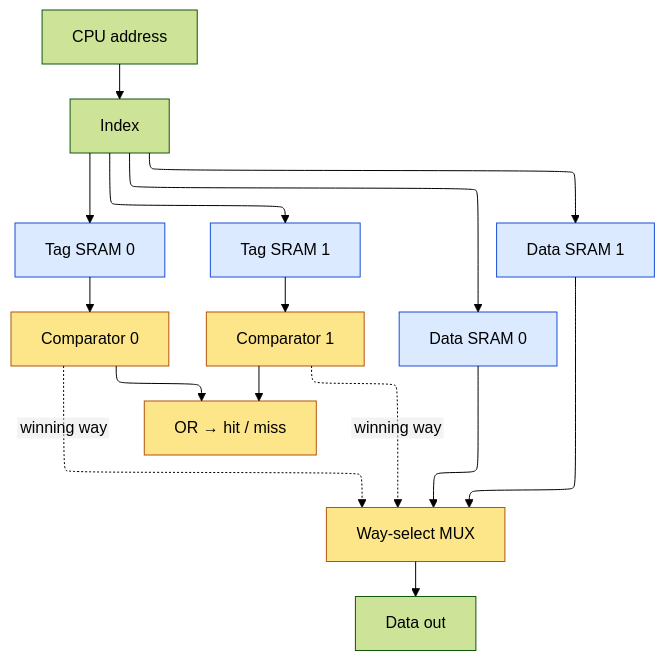
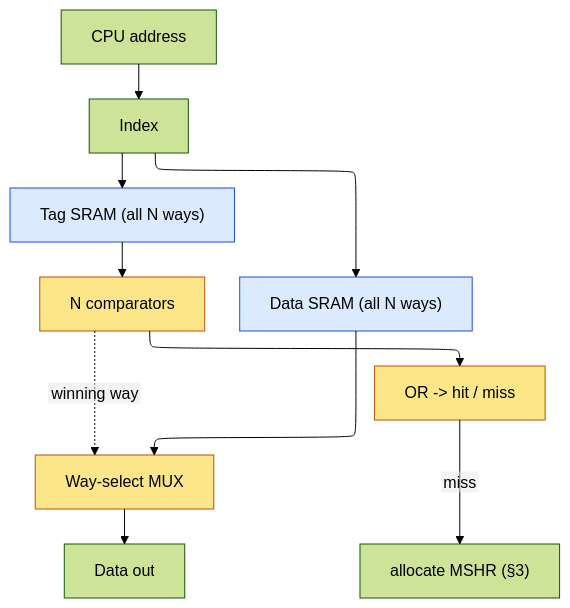
Before and after one commit to Wty2003328/silicon-design-notebook: the diagram in 01_Architecture_and_PPA/07_Cache_Microarchitecture.md, drawn with Mermaid (forest theme). The commit also changed other lines of this file and 26 other files, not shown here.

Commit message:
Concept-first hard rework checkpoint: Architecture, Fundamentals, Power folders complete (~25 pages reworked)

````diff
--- a/01_Architecture_and_PPA/07_Cache_Microarchitecture.md
+++ b/01_Architecture_and_PPA/07_Cache_Microarchitecture.md
@@ -81,20 +107,15 @@
 ```mermaid
 %%{init: {"flowchart": {"defaultRenderer": "elk", "nodeSpacing": 60, "rankSpacing": 60, "htmlLabels": false}}}%%
 flowchart TD
     ADDR["CPU address"] --> IDX["Index"]
-    IDX --> T0["Tag SRAM 0"] --> C0["Comparator 0"]
-    IDX --> T1["Tag SRAM 1"] --> C1["Comparator 1"]
-    C0 --> ORr["OR → hit / miss"]
-    C1 --> ORr
-    IDX --> D0["Data SRAM 0"]
-    IDX --> D1["Data SRAM 1"]
-    D0 --> MUX["Way-select MUX"]
-    D1 --> MUX
-    C0 -.->|winning way| MUX
-    C1 -.->|winning way| MUX
-    MUX --> OUT["Data out"]
+    IDX --> T0["Tag SRAM (all N ways)"] --> CMP["N comparators"]
+    IDX --> D0["Data SRAM (all N ways)"]
+    CMP --> HIT["OR -> hit / miss"]
+    CMP -.->|winning way| MUX["Way-select MUX"]
+    D0 --> MUX --> OUT["Data out"]
+    HIT -->|miss| MSHR["allocate MSHR (§3)"]
     classDef s fill:#dbeafe,stroke:#1d4ed8,color:#000
     classDef l fill:#fde68a,stroke:#b45309,color:#000
-    class T0,T1,D0,D1 s
-    class C0,C1,ORr,MUX l
+    class T0,D0 s
+    class CMP,HIT,MUX l
 ```
````
